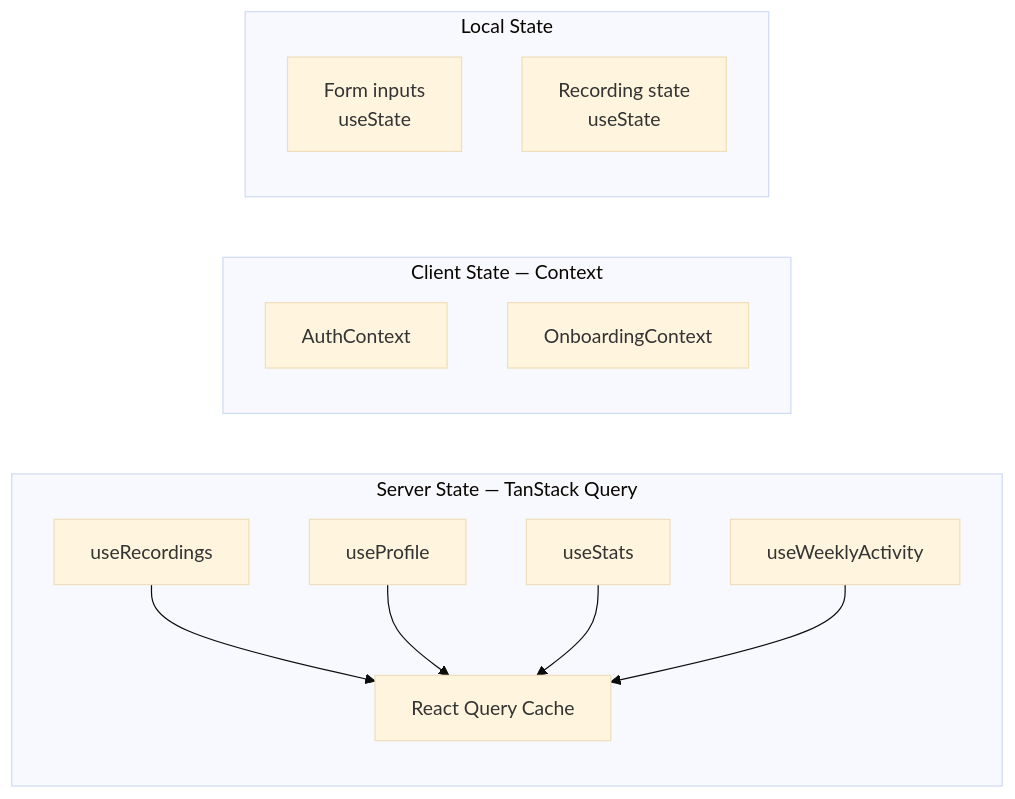
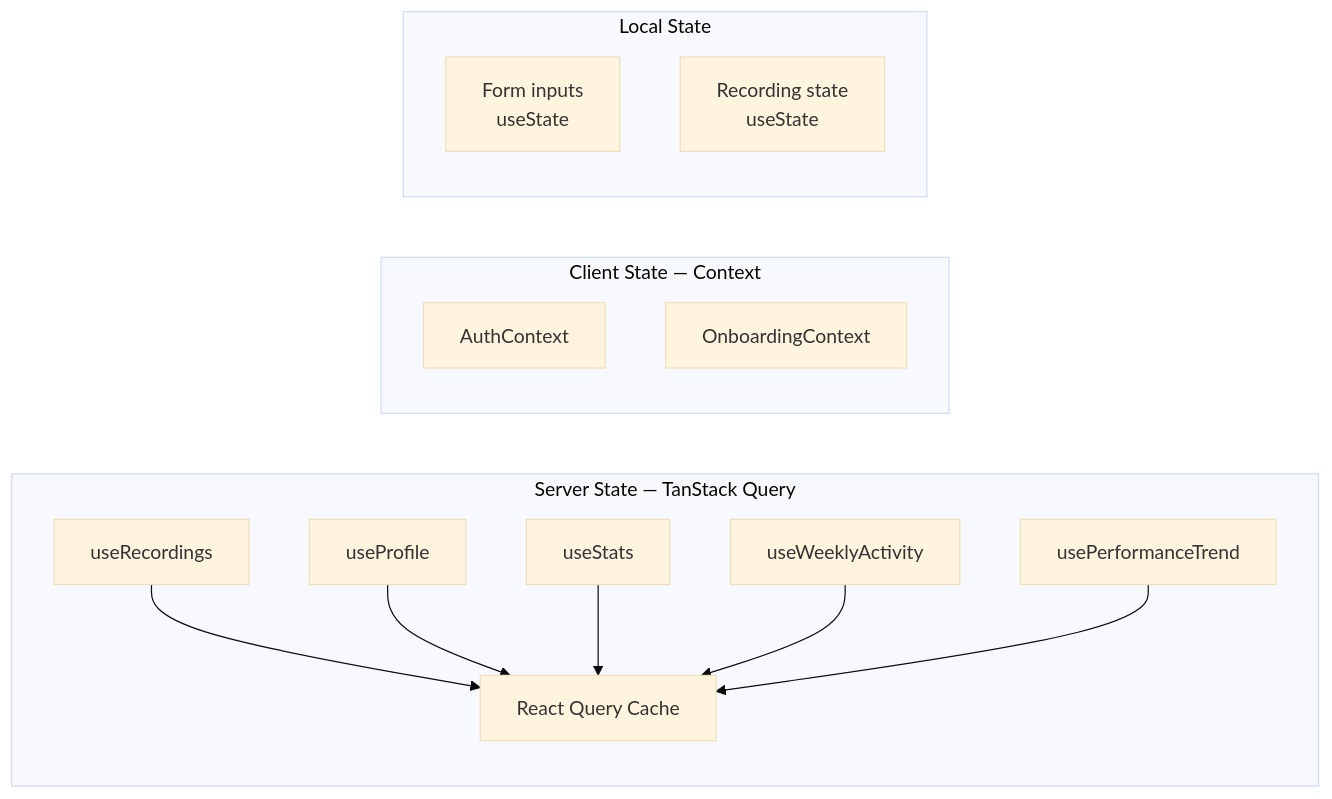
One commit to yashmagar01/The-Future-You changed diagram 12 of 18 in README.md. Above: the diagram before and after it, drawn with Mermaid (base theme). The commit also changed other lines of this file, not shown here.

First line of the commit message:
docs: fix mermaid diagrams, update content, add plain-English captions

````diff
--- a/README.md
+++ b/README.md
@@ -608,19 +658,20 @@
 ```mermaid
 graph LR
     subgraph "Server State — TanStack Query"
         A[useRecordings] --> Q[React Query Cache]
         B[useProfile] --> Q
         C[useStats] --> Q
         D[useWeeklyActivity] --> Q
+        R[usePerformanceTrend] --> Q
     end
 
     subgraph "Client State — Context"
         E[AuthContext]
         F[OnboardingContext]
     end
 
     subgraph "Local State"
         G[Form inputs\nuseState]
         H[Recording state\nuseState]
     end
 ```
````
